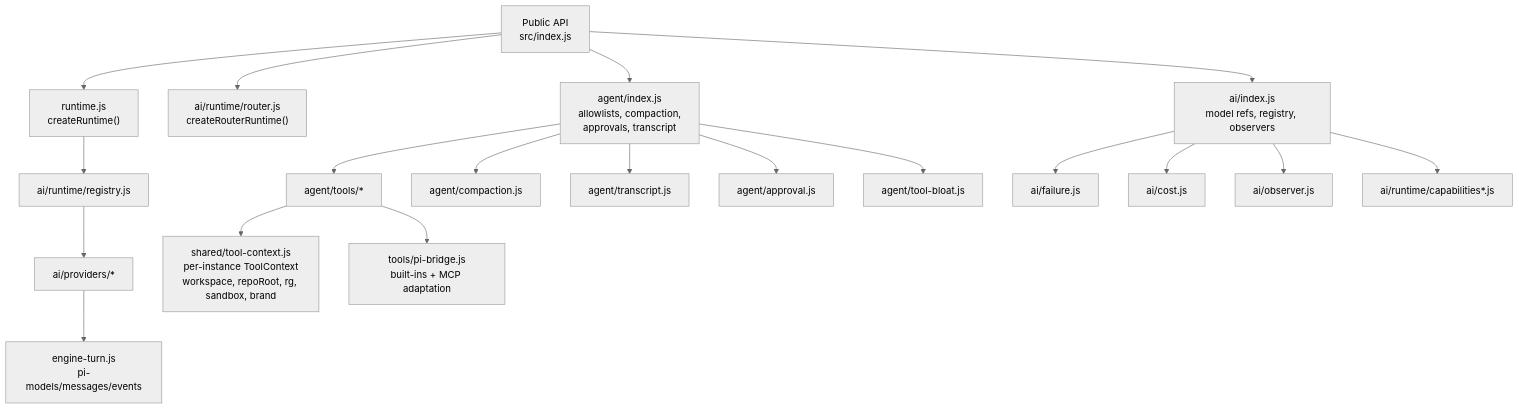
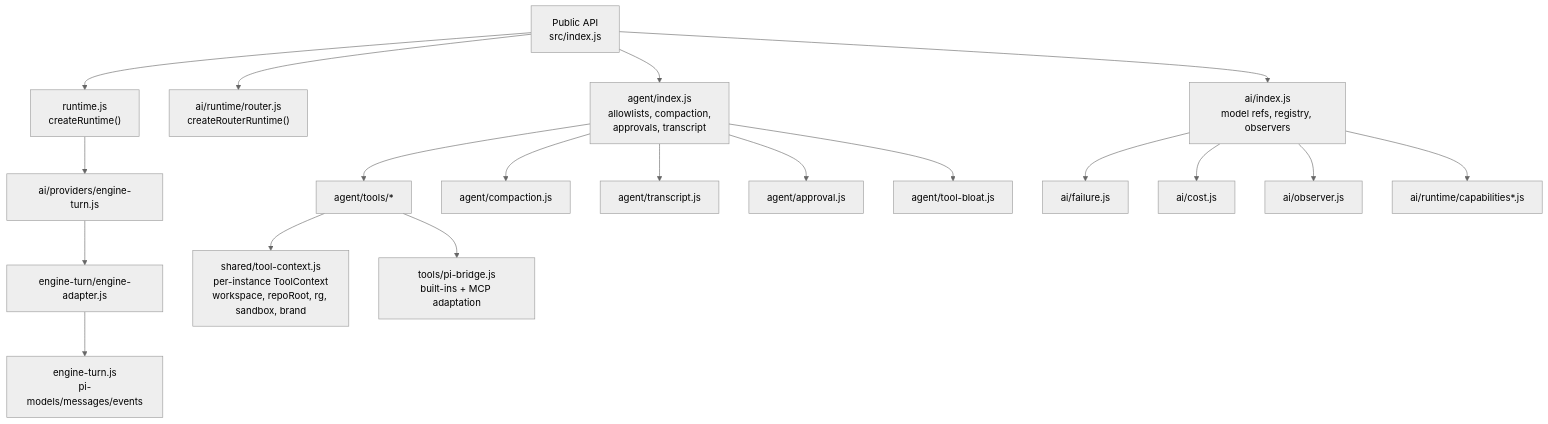
Before and after one commit to robertsreberski/mono-agent: the fourth of 5 diagrams in packages/agent-runtime/ARCHITECTURE.md, drawn with Mermaid (neutral theme). The commit also changed other lines of this file and 7 other files, not shown here.

````diff
--- a/packages/agent-runtime/ARCHITECTURE.md
+++ b/packages/agent-runtime/ARCHITECTURE.md
@@ -193,26 +195,26 @@
 ```mermaid
 flowchart TB
   Public["Public API<br/>src/index.js"] --> RuntimeFactory["runtime.js<br/>createRuntime()"]
   Public --> Router["ai/runtime/router.js<br/>createRouterRuntime()"]
   Public --> AIExports["ai/index.js<br/>model refs, registry, observers"]
   Public --> AgentExports["agent/index.js<br/>allowlists, compaction,<br/>approvals, transcript"]
 
-  RuntimeFactory --> Registry["ai/runtime/registry.js"]
-  Registry --> Providers["ai/providers/*"]
+  RuntimeFactory --> AdapterModule["ai/providers/engine-turn.js"]
+  AdapterModule --> Providers["engine-turn/engine-adapter.js"]
 
   Providers --> Pi["engine-turn.js<br/>pi-models/messages/events"]
 
   AgentExports --> Tools["agent/tools/*"]
   Tools --> ToolContext["shared/tool-context.js<br/>per-instance ToolContext<br/>workspace, repoRoot, rg, sandbox, brand"]
   Tools --> PiBridge["tools/pi-bridge.js<br/>built-ins + MCP adaptation"]
 
   AgentExports --> Compaction["agent/compaction.js"]
   AgentExports --> Transcript["agent/transcript.js"]
   AgentExports --> Approval["agent/approval.js"]
   AgentExports --> Bloat["agent/tool-bloat.js"]
 
   AIExports --> Failure["ai/failure.js"]
   AIExports --> Cost["ai/cost.js"]
   AIExports --> Observer["ai/observer.js"]
   AIExports --> Capabilities["ai/runtime/capabilities*.js"]
 ```
````
